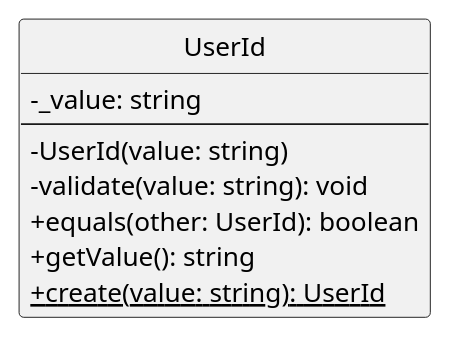
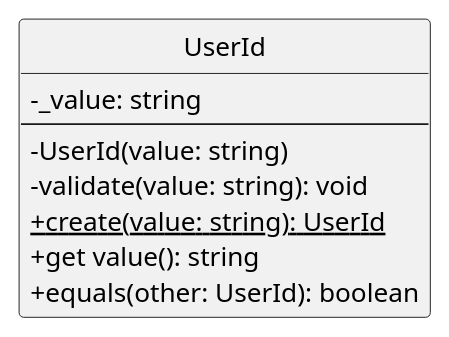
The diagram in assets/st_diagrams/code/plantuml/analysis/domain/valueObjects/userId.vo.plantuml (SkarabGroup/DocumentazioneProgetto), drawn with PlantUML before and after one commit. The commit also changed 88 other files, not shown here.

```diff
--- a/assets/st_diagrams/code/plantuml/analysis/domain/valueObjects/userId.vo.plantuml
+++ b/assets/st_diagrams/code/plantuml/analysis/domain/valueObjects/userId.vo.plantuml
@@ -1,20 +1,18 @@
 @startuml UserId
-
 skinparam componentStyle uml2.5
 skinparam linetype ortho
-skinparam nodesep auto
-skinparam ranksep 70
+skinparam nodesep 30
+skinparam ranksep 30
 skinparam ClassAttributeIconSize 0
 hide circles
 
 class UserId {
     - _value: string
     ---
     - UserId(value: string)
     - validate(value: string): void
+    + {static} create(value: string): UserId
+    + get value(): string
     + equals(other: UserId): boolean
-    + getValue(): string
-    + {static} create(value: string): UserId
 }
-
 @enduml
```
